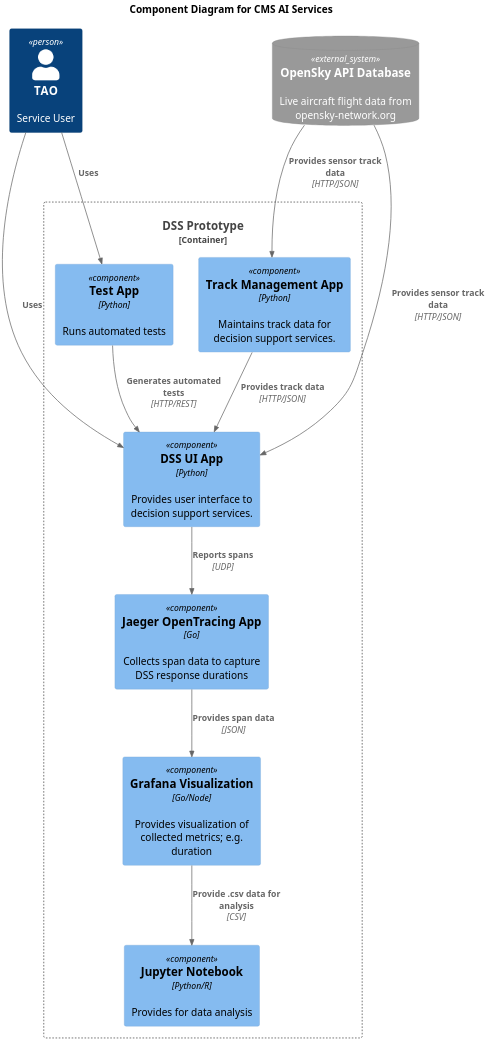
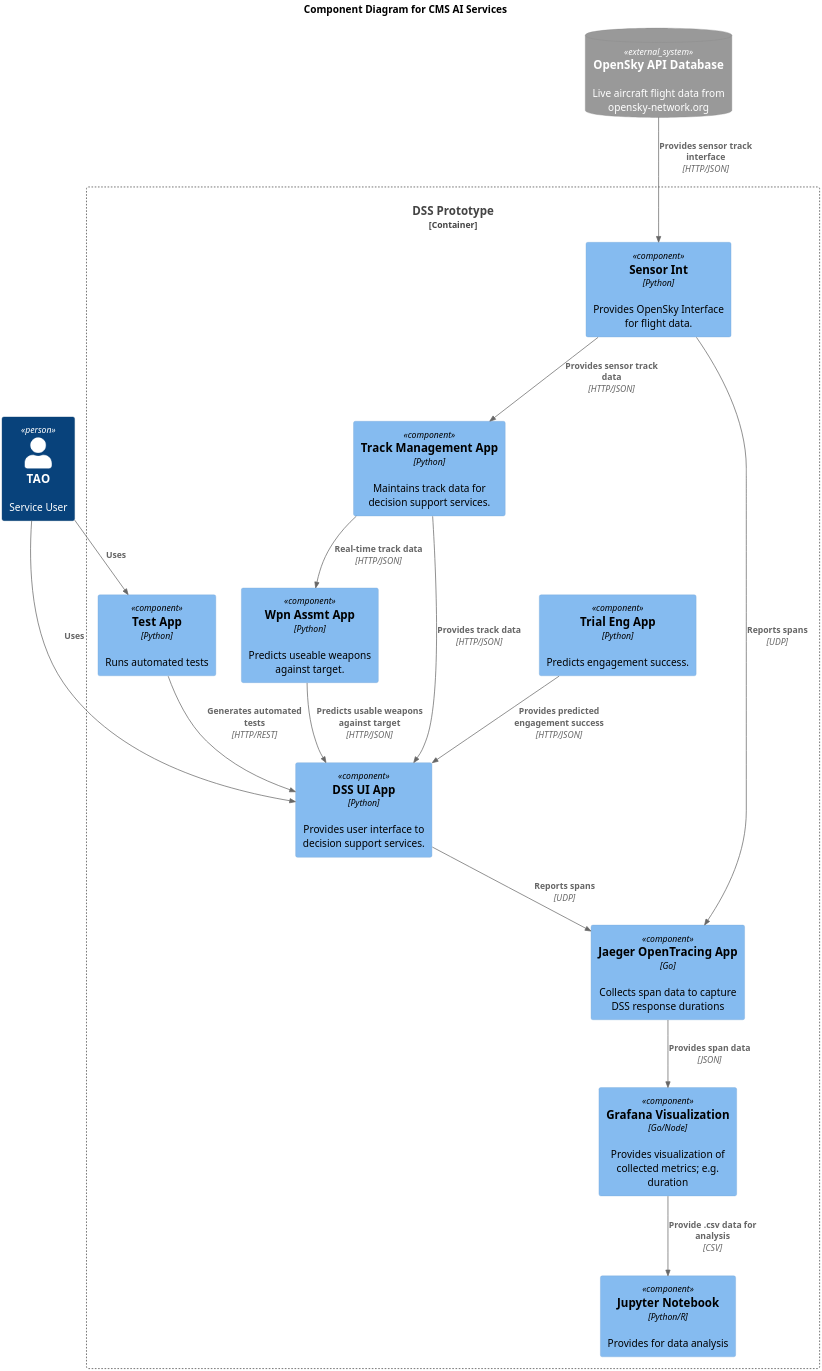
The second of 3 diagrams in doc/software-design/dss-prototype-sw-design.puml (amurp003/dss-prototype), drawn with PlantUML before and after one commit. The commit also changed other lines of this file and 3 other files, not shown here.

Commit message:
SW diagram updates

```diff
--- a/doc/software-design/dss-prototype-sw-design.puml
+++ b/doc/software-design/dss-prototype-sw-design.puml
@@ -24,34 +24,41 @@
 @startuml Component Diagram v1
 skinparam dpi 300
 !include https://raw.githubusercontent.com/plantuml-stdlib/C4-PlantUML/master/C4_Component.puml
 ' uncomment the following line and comment the first to use locally
 ' !include C4_Component.puml
 
 
 ' LAYOUT_LANDSCAPE()
 
 title Component Diagram for CMS AI Services
 
 Person(tao, TAO, "Service User")
 Container_Boundary(AI, "DSS Prototype"){
 
     Component(UI, "DSS UI App", "Python", "Provides user interface to decision support services.")
     Component(TM, "Track Management App", "Python", "Maintains track data for decision support services.")
-    Component(TE, "Test App", "Python", "Runs automated tests")
+    Component(TnE, "Test App", "Python", "Runs automated tests")
+    Component(TE,"Trial Eng App", "Python", "Predicts engagement success.")
+    Component(WA, "Wpn Assmt App", "Python", "Predicts useable weapons against target.")
+    Component(SI, "Sensor Int", "Python", "Provides OpenSky Interface for flight data.")
     Component(Grafana, "Grafana Visualization", "Go/Node", "Provides visualization of collected metrics; e.g. duration")
     Component(Jaeger, "Jaeger OpenTracing App", "Go", "Collects span data to capture DSS response durations")
     Component(Jupyter, "Jupyter Notebook", "Python/R", "Provides for data analysis")
     }
 
 SystemDb_Ext(C2, "OpenSky API Database", "Live aircraft flight data from opensky-network.org")
 
-Rel(C2,TM, "Provides sensor track data", "HTTP/JSON")
-Rel(C2,UI, "Provides sensor track data", "HTTP/JSON")
+Rel(C2,SI, "Provides sensor track interface", "HTTP/JSON")
+Rel(SI,TM, "Provides sensor track data", "HTTP/JSON")
 Rel(tao,UI, "Uses")
-Rel(tao,TE, "Uses")
+Rel(tao,TnE, "Uses")
 Rel(TM,UI, "Provides track data", "HTTP/JSON")
-Rel(TE,UI, "Generates automated tests", "HTTP/REST")
+Rel(TnE,UI, "Generates automated tests", "HTTP/REST")
+Rel(TE,UI, "Provides predicted engagement success", "HTTP/JSON")
+Rel(WA,UI, "Predicts usable weapons against target", "HTTP/JSON")
+Rel(TM,WA, "Real-time track data", "HTTP/JSON")
 Rel(UI,Jaeger, "Reports spans", "UDP")
+Rel(SI,Jaeger, "Reports spans", "UDP")
 Rel(Jaeger,Grafana, "Provides span data", "JSON")
 Rel(Grafana,Jupyter, "Provide .csv data for analysis", "CSV")
 @enduml
```
